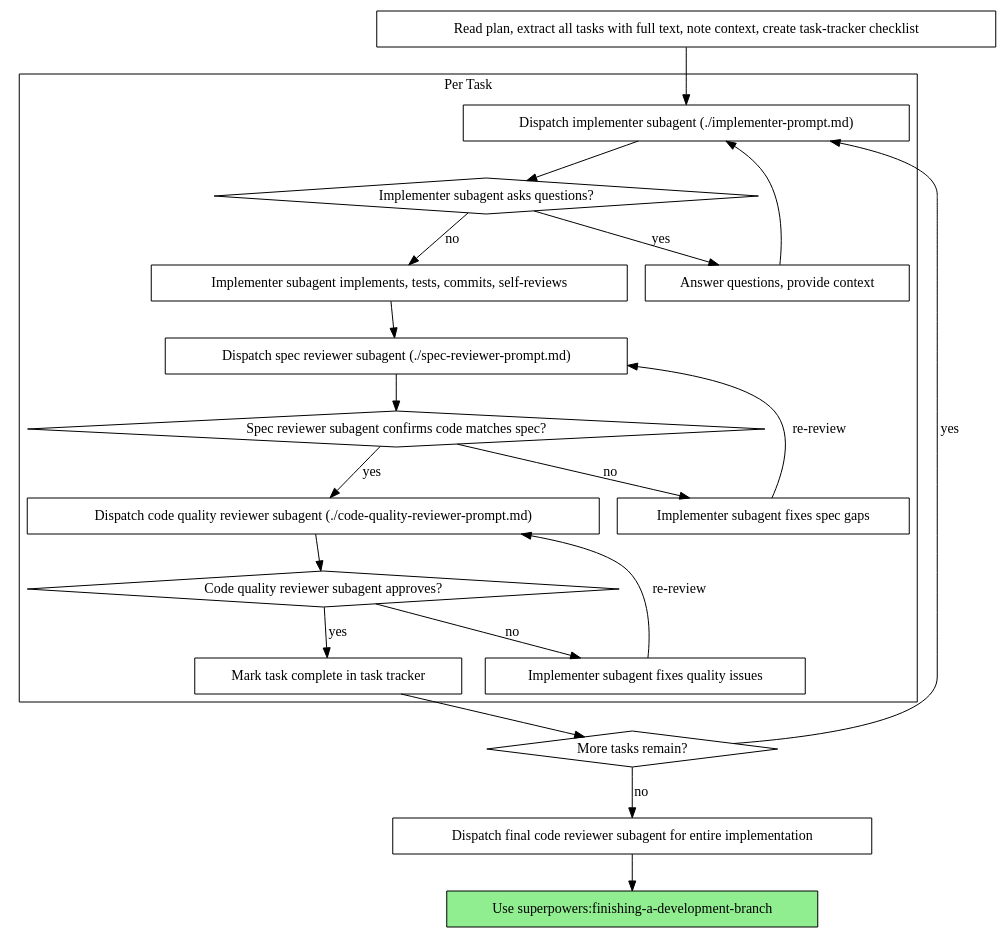
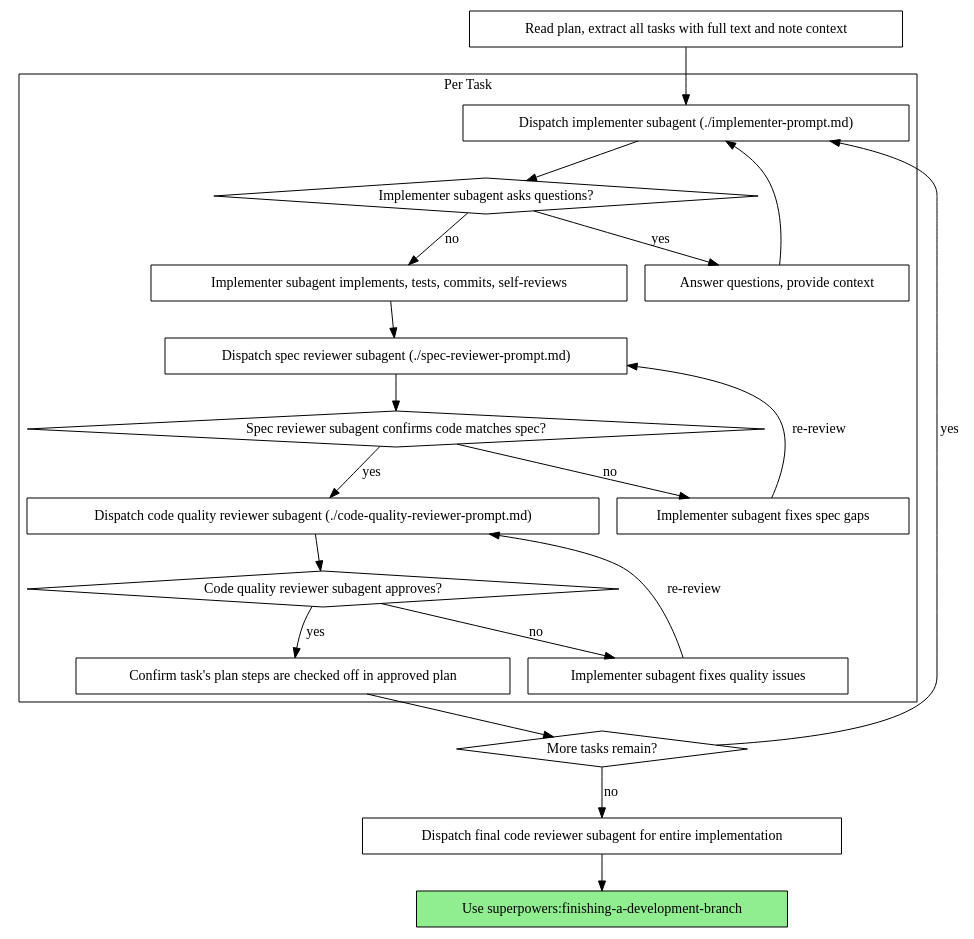
Before and after one commit to dmulcahey/superpowers: the second of 2 diagrams in skills/subagent-driven-development/SKILL.md, drawn with Graphviz. The commit also changed other lines of this file and 6 other files, not shown here.

````diff
--- a/skills/subagent-driven-development/SKILL.md
+++ b/skills/subagent-driven-development/SKILL.md
@@ -129,44 +129,44 @@
 ```dot
 digraph process {
     rankdir=TB;
 
     subgraph cluster_per_task {
         label="Per Task";
         "Dispatch implementer subagent (./implementer-prompt.md)" [shape=box];
         "Implementer subagent asks questions?" [shape=diamond];
         "Answer questions, provide context" [shape=box];
         "Implementer subagent implements, tests, commits, self-reviews" [shape=box];
         "Dispatch spec reviewer subagent (./spec-reviewer-prompt.md)" [shape=box];
         "Spec reviewer subagent confirms code matches spec?" [shape=diamond];
         "Implementer subagent fixes spec gaps" [shape=box];
         "Dispatch code quality reviewer subagent (./code-quality-reviewer-prompt.md)" [shape=box];
         "Code quality reviewer subagent approves?" [shape=diamond];
         "Implementer subagent fixes quality issues" [shape=box];
-        "Mark task complete in task tracker" [shape=box];
+        "Confirm task's plan steps are checked off in approved plan" [shape=box];
     }
 
-    "Read plan, extract all tasks with full text, note context, create task-tracker checklist" [shape=box];
+    "Read plan, extract all tasks with full text and note context" [shape=box];
     "More tasks remain?" [shape=diamond];
     "Dispatch final code reviewer subagent for entire implementation" [shape=box];
     "Use superpowers:finishing-a-development-branch" [shape=box style=filled fillcolor=lightgreen];
 
-    "Read plan, extract all tasks with full text, note context, create task-tracker checklist" -> "Dispatch implementer subagent (./implementer-prompt.md)";
+    "Read plan, extract all tasks with full text and note context" -> "Dispatch implementer subagent (./implementer-prompt.md)";
     "Dispatch implementer subagent (./implementer-prompt.md)" -> "Implementer subagent asks questions?";
     "Implementer subagent asks questions?" -> "Answer questions, provide context" [label="yes"];
     "Answer questions, provide context" -> "Dispatch implementer subagent (./implementer-prompt.md)";
     "Implementer subagent asks questions?" -> "Implementer subagent implements, tests, commits, self-reviews" [label="no"];
     "Implementer subagent implements, tests, commits, self-reviews" -> "Dispatch spec reviewer subagent (./spec-reviewer-prompt.md)";
     "Dispatch spec reviewer subagent (./spec-reviewer-prompt.md)" -> "Spec reviewer subagent confirms code matches spec?";
     "Spec reviewer subagent confirms code matches spec?" -> "Implementer subagent fixes spec gaps" [label="no"];
     "Implementer subagent fixes spec gaps" -> "Dispatch spec reviewer subagent (./spec-reviewer-prompt.md)" [label="re-review"];
     "Spec reviewer subagent confirms code matches spec?" -> "Dispatch code quality reviewer subagent (./code-quality-reviewer-prompt.md)" [label="yes"];
     "Dispatch code quality reviewer subagent (./code-quality-reviewer-prompt.md)" -> "Code quality reviewer subagent approves?";
     "Code quality reviewer subagent approves?" -> "Implementer subagent fixes quality issues" [label="no"];
     "Implementer subagent fixes quality issues" -> "Dispatch code quality reviewer subagent (./code-quality-reviewer-prompt.md)" [label="re-review"];
-    "Code quality reviewer subagent approves?" -> "Mark task complete in task tracker" [label="yes"];
-    "Mark task complete in task tracker" -> "More tasks remain?";
+    "Code quality reviewer subagent approves?" -> "Confirm task's plan steps are checked off in approved plan" [label="yes"];
+    "Confirm task's plan steps are checked off in approved plan" -> "More tasks remain?";
     "More tasks remain?" -> "Dispatch implementer subagent (./implementer-prompt.md)" [label="yes"];
     "More tasks remain?" -> "Dispatch final code reviewer subagent for entire implementation" [label="no"];
     "Dispatch final code reviewer subagent for entire implementation" -> "Use superpowers:finishing-a-development-branch";
 }
 ```
````
